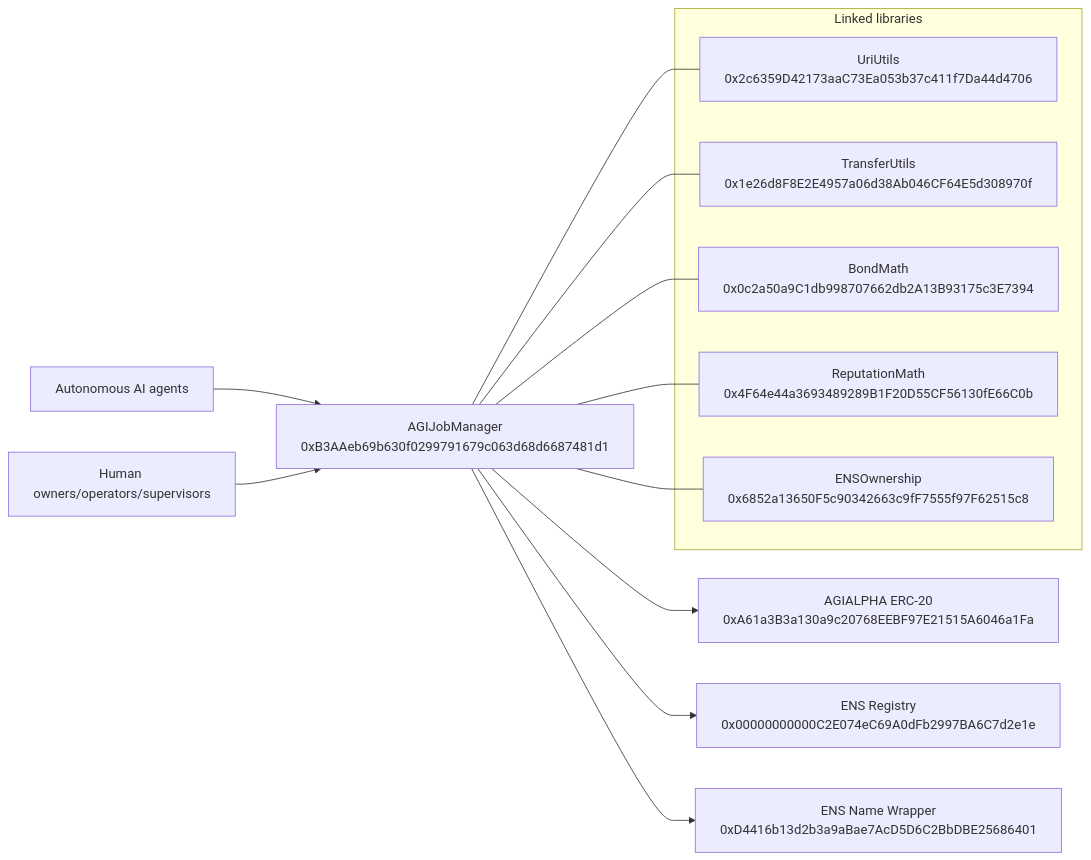
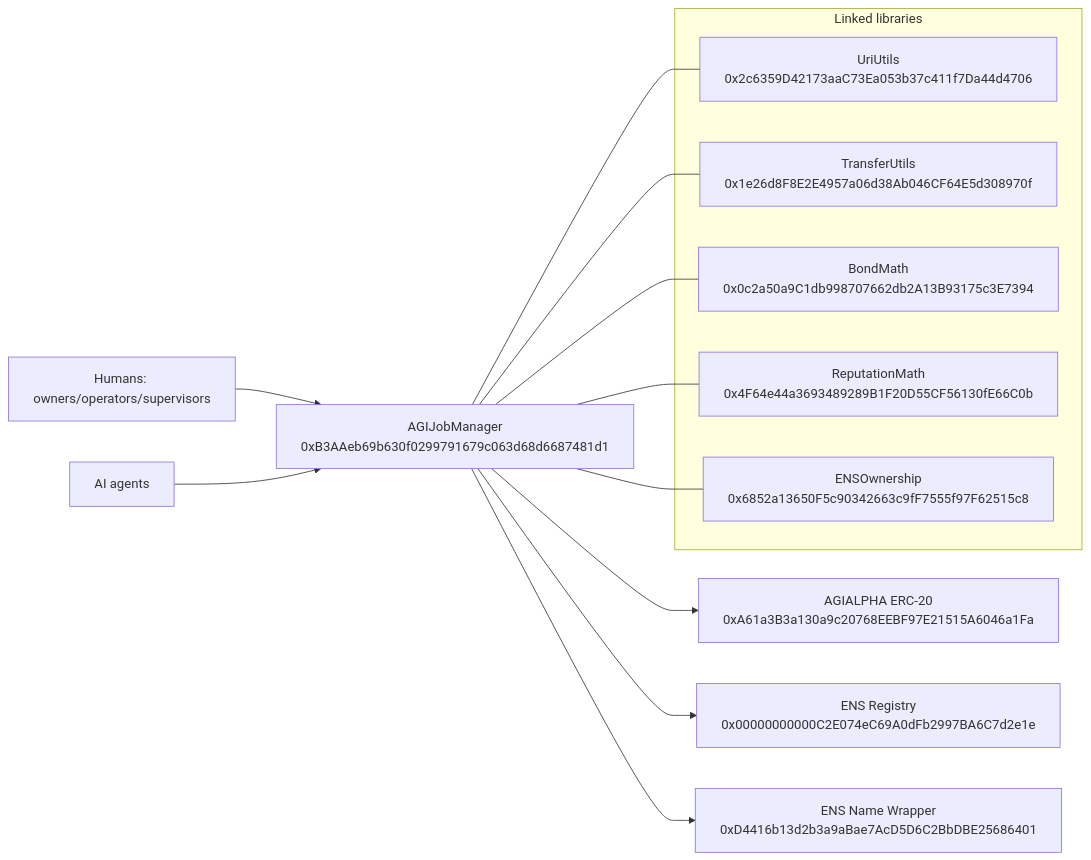
The diagram in docs/DEPLOYMENT/MAINNET_OFFICIAL_DEPLOYMENT_RECORD.md (MontrealAI/AGIJobManager), drawn with Mermaid before and after one commit. The commit also changed other lines of this file, not shown here.

````diff
--- a/docs/DEPLOYMENT/MAINNET_OFFICIAL_DEPLOYMENT_RECORD.md
+++ b/docs/DEPLOYMENT/MAINNET_OFFICIAL_DEPLOYMENT_RECORD.md
@@ -178,32 +168,30 @@
 ```mermaid
 flowchart LR
-    Owner[Human owners/operators/supervisors]
-    Agents[Autonomous AI agents]
+    Humans[Humans: owners/operators/supervisors]
+    Agents[AI agents]
 
     AJM[AGIJobManager\n0xB3AAeb69b630f0299791679c063d68d6687481d1]
 
-    subgraph LinkedLibraries[Linked libraries]
+    subgraph Libraries[Linked libraries]
       U[UriUtils\n0x2c6359D42173aaC73Ea053b37c411f7Da44d4706]
       T[TransferUtils\n0x1e26d8F8E2E4957a06d38Ab046CF64E5d308970f]
       B[BondMath\n0x0c2a50a9C1db998707662db2A13B93175c3E7394]
       R[ReputationMath\n0x4F64e44a3693489289B1F20D55CF56130fE66C0b]
       E[ENSOwnership\n0x6852a13650F5c90342663c9fF7555f97F62515c8]
     end
 
     Token[AGIALPHA ERC-20\n0xA61a3B3a130a9c20768EEBF97E21515A6046a1Fa]
-    ENSReg[ENS Registry\n0x00000000000C2E074eC69A0dFb2997BA6C7d2e1e]
-    ENSWrap[ENS Name Wrapper\n0xD4416b13d2b3a9aBae7AcD5D6C2BbDBE25686401]
+    ENSRegistry[ENS Registry\n0x00000000000C2E074eC69A0dFb2997BA6C7d2e1e]
+    ENSWrapper[ENS Name Wrapper\n0xD4416b13d2b3a9aBae7AcD5D6C2BbDBE25686401]
 
+    Humans --> AJM
     Agents --> AJM
-    Owner --> AJM
-
     AJM --- U
     AJM --- T
     AJM --- B
     AJM --- R
     AJM --- E
-
     AJM --> Token
-    AJM --> ENSReg
-    AJM --> ENSWrap
+    AJM --> ENSRegistry
+    AJM --> ENSWrapper
 ```
````
